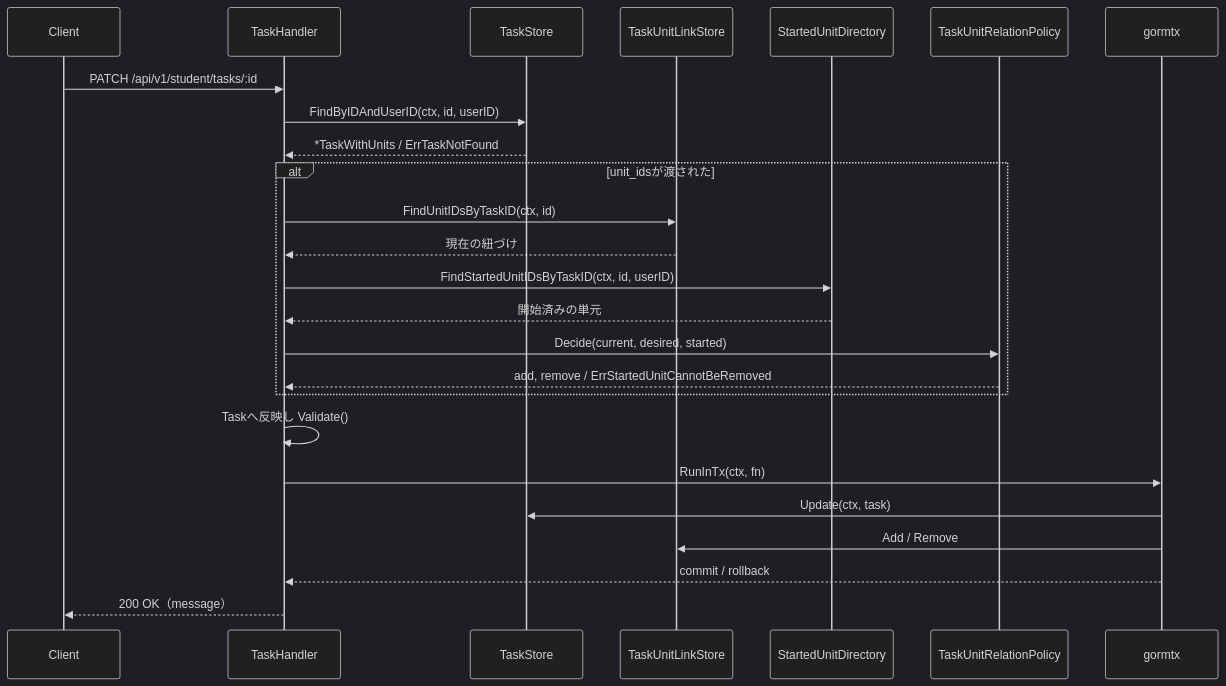
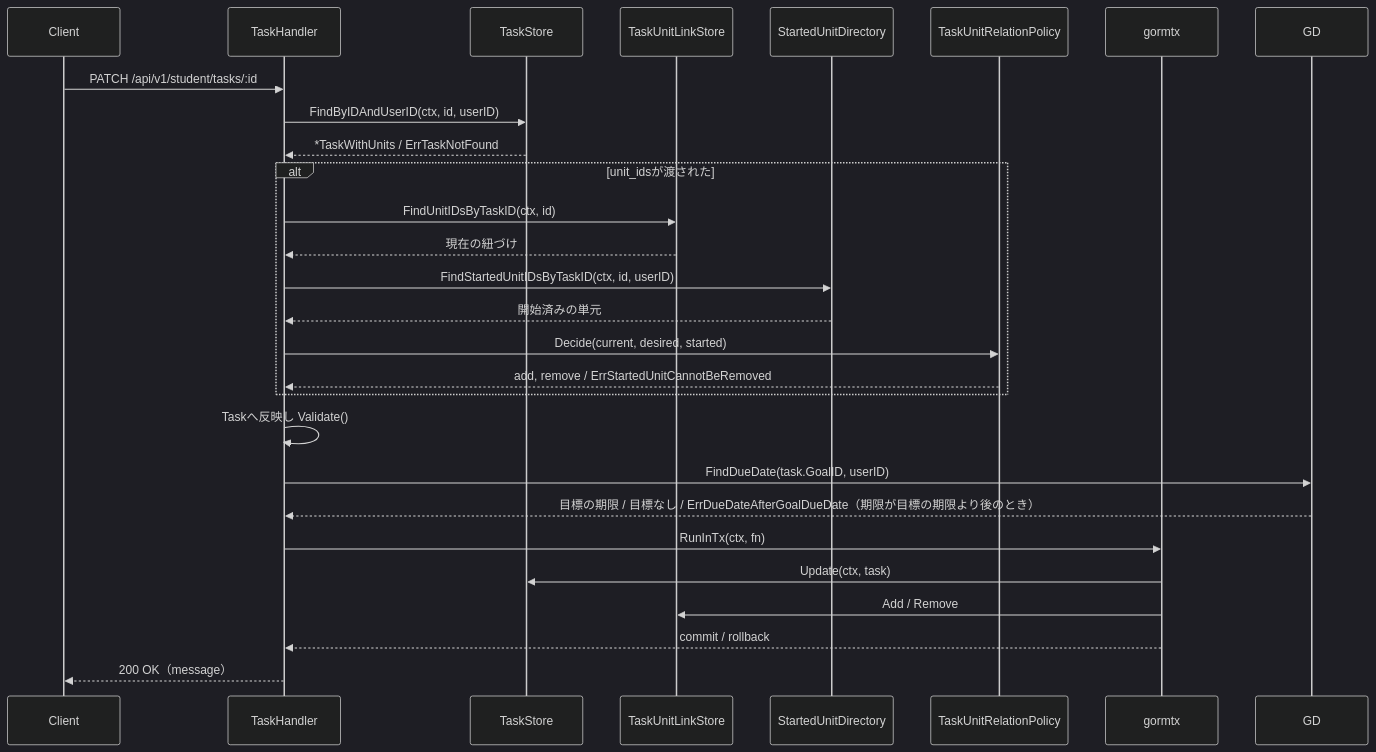
Before and after one commit to yuta20253/edu-platform-go-design: the fourth of 7 diagrams in 計画書/Go実装仕様書/タスク管理機能_Go実装仕様書.md, drawn with Mermaid (dark theme). The commit also changed other lines of this file and 21 other files, not shown here.

````diff
--- a/計画書/Go実装仕様書/タスク管理機能_Go実装仕様書.md
+++ b/計画書/Go実装仕様書/タスク管理機能_Go実装仕様書.md
@@ -433,28 +438,30 @@
 ```mermaid
 sequenceDiagram
     participant C as Client
     participant H as TaskHandler
     participant TS as TaskStore
     participant TULS as TaskUnitLinkStore
     participant SUD as StartedUnitDirectory
     participant P as TaskUnitRelationPolicy
     participant TX as gormtx
 
     C->>H: PATCH /api/v1/student/tasks/:id
     H->>TS: FindByIDAndUserID(ctx, id, userID)
     TS-->>H: *TaskWithUnits / ErrTaskNotFound
     alt unit_idsが渡された
         H->>TULS: FindUnitIDsByTaskID(ctx, id)
         TULS-->>H: 現在の紐づけ
         H->>SUD: FindStartedUnitIDsByTaskID(ctx, id, userID)
         SUD-->>H: 開始済みの単元
         H->>P: Decide(current, desired, started)
         P-->>H: add, remove / ErrStartedUnitCannotBeRemoved
     end
     H->>H: Taskへ反映し Validate()
+    H->>GD: FindDueDate(task.GoalID, userID)
+    GD-->>H: 目標の期限 / 目標なし / ErrDueDateAfterGoalDueDate（期限が目標の期限より後のとき）
     H->>TX: RunInTx(ctx, fn)
     TX->>TS: Update(ctx, task)
     TX->>TULS: Add / Remove
     TX-->>H: commit / rollback
     H-->>C: 200 OK（message）
 ```
````
